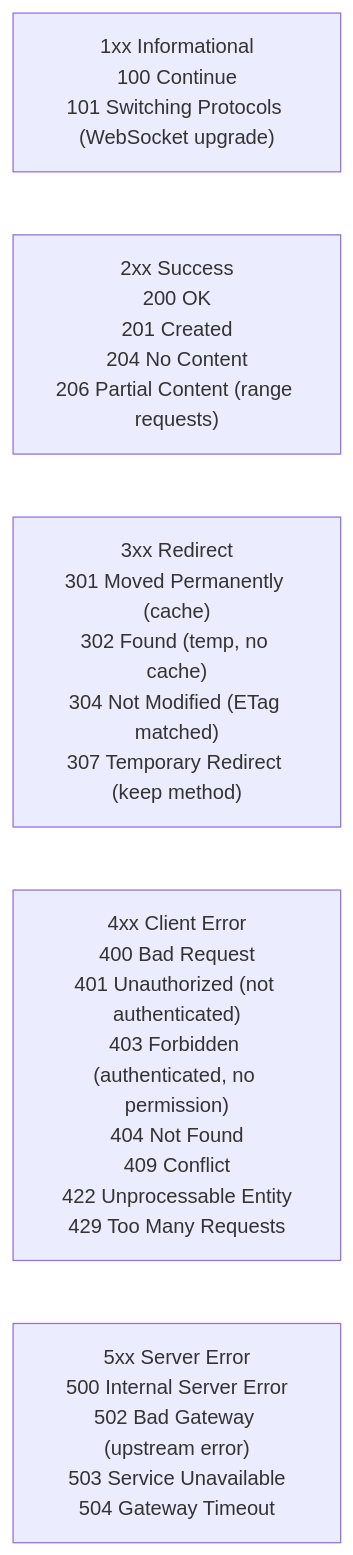
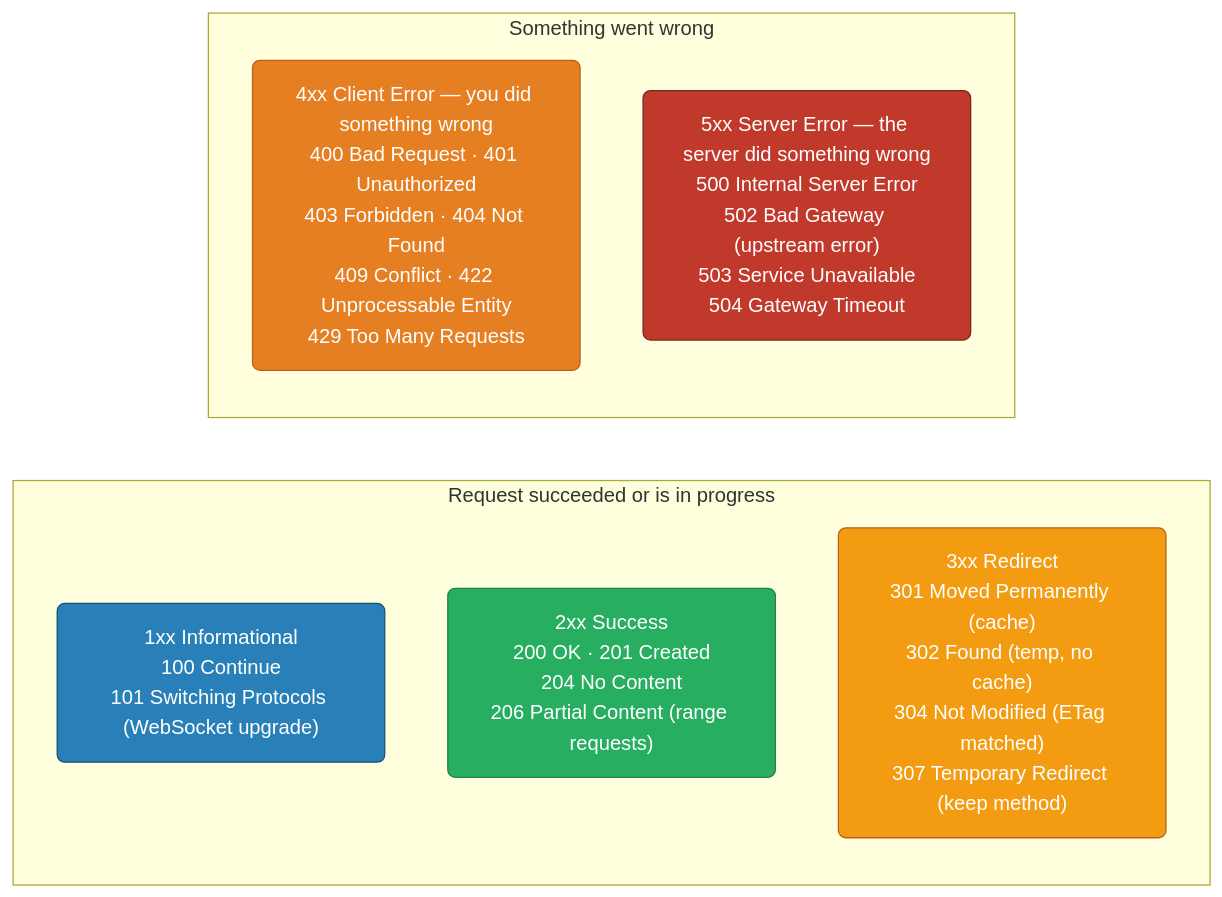
One commit to deepanshu-rawat6/DevOpsIndex changed the seventh of 9 diagrams in networking/http-versions.md. Above: the diagram before and after it, drawn with Mermaid. The commit also changed other lines of this file and 8 other files, not shown here.

````diff
--- a/networking/http-versions.md
+++ b/networking/http-versions.md
@@ -256,8 +430,19 @@
 ```mermaid
 graph LR
-    S1["1xx Informational<br>100 Continue<br>101 Switching Protocols (WebSocket upgrade)"]
-    S2["2xx Success<br>200 OK<br>201 Created<br>204 No Content<br>206 Partial Content (range requests)"]
-    S3["3xx Redirect<br>301 Moved Permanently (cache)<br>302 Found (temp, no cache)<br>304 Not Modified (ETag matched)<br>307 Temporary Redirect (keep method)"]
-    S4["4xx Client Error<br>400 Bad Request<br>401 Unauthorized (not authenticated)<br>403 Forbidden (authenticated, no permission)<br>404 Not Found<br>409 Conflict<br>422 Unprocessable Entity<br>429 Too Many Requests"]
-    S5["5xx Server Error<br>500 Internal Server Error<br>502 Bad Gateway (upstream error)<br>503 Service Unavailable<br>504 Gateway Timeout"]
+    classDef info fill:#2980b9,stroke:#1b4f72,color:#fff,rx:6
+    classDef success fill:#27ae60,stroke:#1e8449,color:#fff,rx:6
+    classDef redirect fill:#f39c12,stroke:#ba6018,color:#fff,rx:6
+    classDef clienterr fill:#e67e22,stroke:#ba6018,color:#fff,rx:6
+    classDef servererr fill:#c0392b,stroke:#7b241c,color:#fff,rx:6
+
+    subgraph OK["Request succeeded or is in progress"]
+        S1["1xx Informational<br/>100 Continue<br/>101 Switching Protocols (WebSocket upgrade)"]:::info
+        S2["2xx Success<br/>200 OK · 201 Created<br/>204 No Content<br/>206 Partial Content (range requests)"]:::success
+        S3["3xx Redirect<br/>301 Moved Permanently (cache)<br/>302 Found (temp, no cache)<br/>304 Not Modified (ETag matched)<br/>307 Temporary Redirect (keep method)"]:::redirect
+    end
+
+    subgraph ERR["Something went wrong"]
+        S4["4xx Client Error — you did something wrong<br/>400 Bad Request · 401 Unauthorized<br/>403 Forbidden · 404 Not Found<br/>409 Conflict · 422 Unprocessable Entity<br/>429 Too Many Requests"]:::clienterr
+        S5["5xx Server Error — the server did something wrong<br/>500 Internal Server Error<br/>502 Bad Gateway (upstream error)<br/>503 Service Unavailable<br/>504 Gateway Timeout"]:::servererr
+    end
 ```
````
